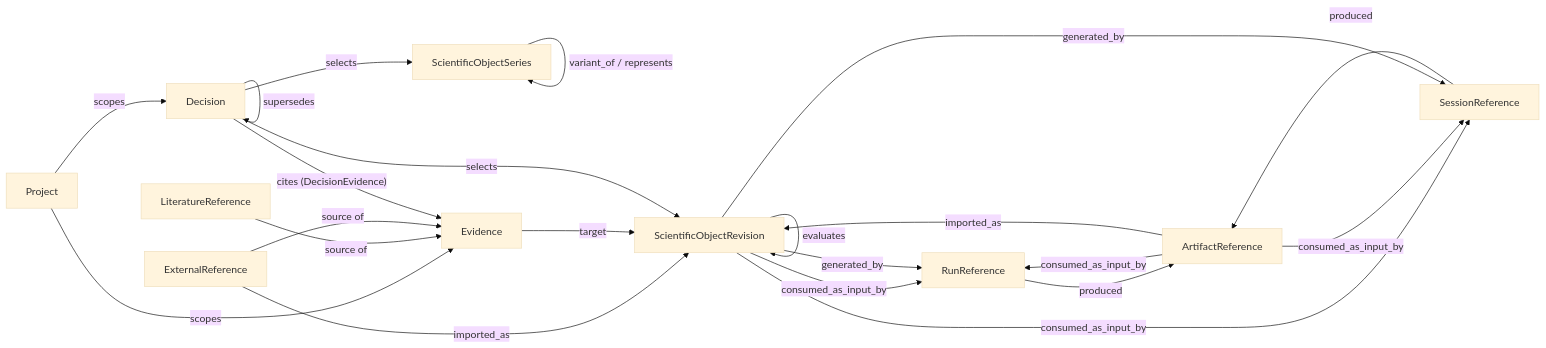
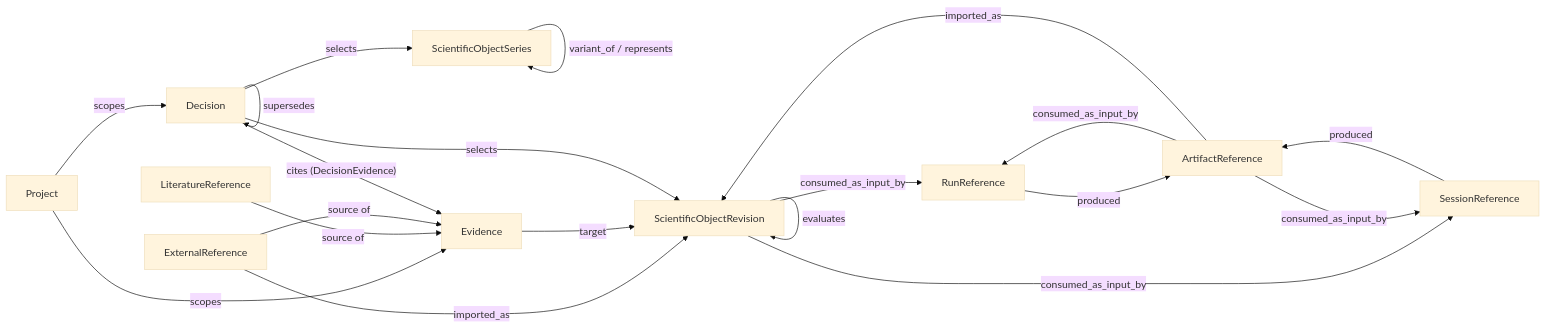
Before and after one commit to YaoYinYing/REvoLab: the third of 6 diagrams in docs/architecture/SYSTEM_ARCHITECTURE.md, drawn with Mermaid (base theme). The commit also changed other lines of this file and 17 other files, not shown here.

````diff
--- a/docs/architecture/SYSTEM_ARCHITECTURE.md
+++ b/docs/architecture/SYSTEM_ARCHITECTURE.md
@@ -183,36 +183,34 @@
 ```mermaid
 flowchart LR
     Proj["Project"]
     Ser["ScientificObjectSeries"]
     Rev["ScientificObjectRevision"]
     RunR["RunReference"]
     SesR["SessionReference"]
     ArtR["ArtifactReference"]
     LitR["LiteratureReference"]
     ExtR["ExternalReference"]
     Ev["Evidence"]
     Dec["Decision"]
 
     Proj -- scopes --> Dec
     Proj -- scopes --> Ev
     Ser -- variant_of / represents --> Ser
     Rev -- derived_from --> Rev
     Rev -- evaluates --> Rev
     Rev -- consumed_as_input_by --> RunR
     Rev -- consumed_as_input_by --> SesR
     ArtR -- consumed_as_input_by --> RunR
     ArtR -- consumed_as_input_by --> SesR
     RunR -- produced --> ArtR
     SesR -- produced --> ArtR
     ArtR -- imported_as --> Rev
     ExtR -- imported_as --> Rev
-    Rev -- generated_by --> RunR
-    Rev -- generated_by --> SesR
     LitR -- source of --> Ev
     ExtR -- source of --> Ev
     Ev -- target --> Rev
     Dec -- selects --> Ser
     Dec -- selects --> Rev
     Dec -- cites (DecisionEvidence) --> Ev
     Dec -- supersedes --> Dec
 ```
````
